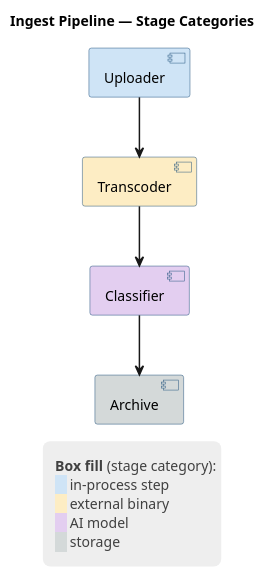
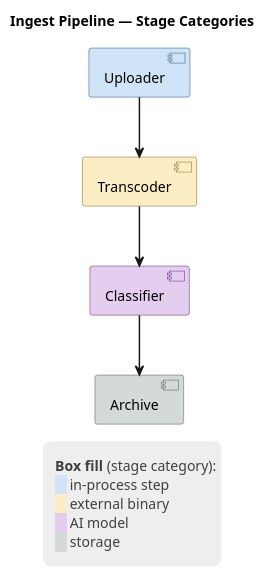
Before and after one commit to artem-from-ua/claude-plugins: the second of 2 diagrams in plugins/plantuml/skills/plantuml-diagram-guide/references/styling.md, drawn with PlantUML. The commit also changed other lines of this file and 2 other files, not shown here.

Commit message:
fix(plantuml): pair fill and border per element, not via skinparam
The component example set four different fills per element but declared
the border once through skinparam ComponentBorderColor, so every box was
outlined in the same dark blue. The fill/border pairing the palette
documents was not actually visible on the one diagram meant to
demonstrate it.

skinparam *BorderColor sets one border color for every element of that
kind. When fills vary per element, the border has to vary with them:
[Transcoder] #FDEDC4;line:7E6525. Document that, and reserve the skinparam
form for diagrams that genuinely use a single color throughout — the
activity example still qualifies, since its blocks and its diamonds are
each uniform.

Add the check that would have caught this to acceptance test 14.4: count
the distinct stroke:# values in the rendered SVG. N differently-filled
elements must yield N different border colors. The rendered diagram now
shows four fill/stroke pairs with no repetition.

````diff
--- a/plugins/plantuml/skills/plantuml-diagram-guide/references/styling.md
+++ b/plugins/plantuml/skills/plantuml-diagram-guide/references/styling.md
@@ -104,30 +106,28 @@
 ```plantuml
 @startuml
 title Ingest Pipeline — Stage Categories
 skinparam ArrowThickness 1.5
-skinparam ComponentBackgroundColor #CFE4F6
-skinparam ComponentBorderColor #25557E
 skinparam legendBackgroundColor #EEEEEE
 skinparam legendBorderColor transparent
 skinparam LegendFontColor #404040
 
-[Uploader] as up #CFE4F6
-[Transcoder] as tr #FDEDC4
-[Classifier] as cl #E3CEF0
-[Archive] as ar #D4D9D9
+[Uploader] as up #CFE4F6;line:25557E
+[Transcoder] as tr #FDEDC4;line:7E6525
+[Classifier] as cl #E3CEF0;line:5C257E
+[Archive] as ar #D4D9D9;line:4D5656
 
 up --> tr
 tr --> cl
 cl --> ar
 
 legend right
   <size:6> </size>
     **Box fill** (stage category):
     <back:#CFE4F6>   </back> in-process step
     <back:#FDEDC4>   </back> external binary
     <back:#E3CEF0>   </back> AI model
     <back:#D4D9D9>   </back> storage
   <size:6> </size>
 end legend
 @enduml
 ```
````
